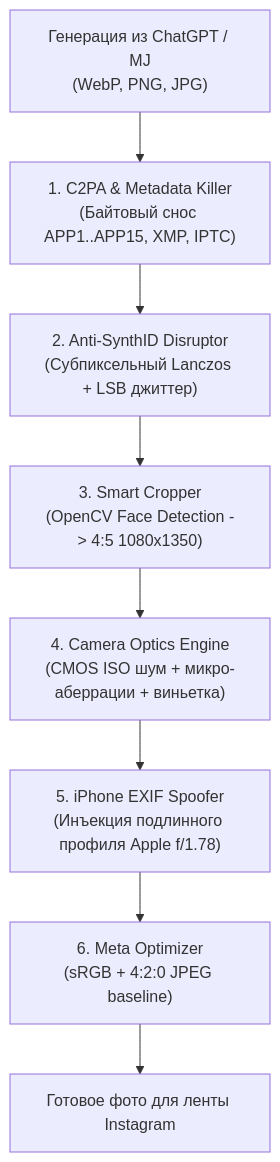
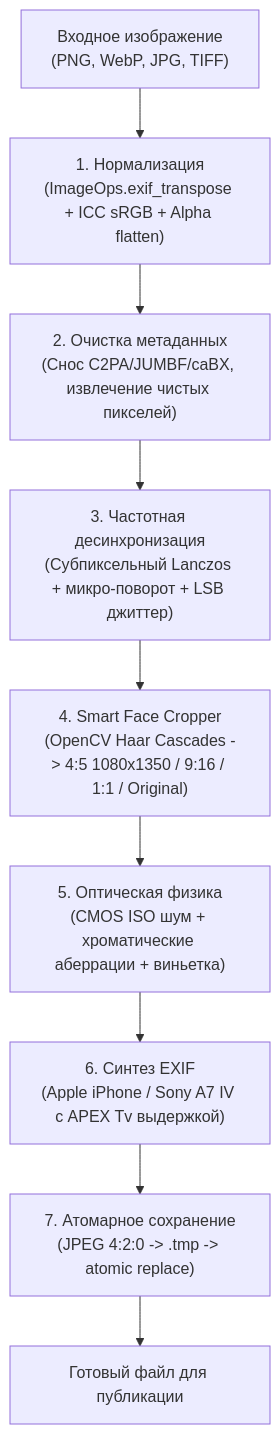
One commit to csezet/reelsator changed the diagram in README.md. Above: the diagram before and after it, drawn with Mermaid. The commit also changed other lines of this file and 14 other files, not shown here.

````diff
--- a/README.md
+++ b/README.md
@@ -28,10 +29,11 @@
 ```mermaid
 flowchart TD
-    A["Генерация из ChatGPT / MJ<br>(WebP, PNG, JPG)"] --> B["1. C2PA & Metadata Killer<br>(Байтовый снос APP1..APP15, XMP, IPTC)"]
-    B --> C["2. Anti-SynthID Disruptor<br>(Субпиксельный Lanczos + LSB джиттер)"]
-    C --> D["3. Smart Cropper<br>(OpenCV Face Detection -> 4:5 1080x1350)"]
-    D --> E["4. Camera Optics Engine<br>(CMOS ISO шум + микро-аберрации + виньетка)"]
-    E --> F["5. iPhone EXIF Spoofer<br>(Инъекция подлинного профиля Apple f/1.78)"]
-    F --> G["6. Meta Optimizer<br>(sRGB + 4:2:0 JPEG baseline)"]
-    G --> H["Готовое фото для ленты Instagram"]
+    A["Входное изображение<br>(PNG, WebP, JPG, TIFF)"] --> B["1. Нормализация<br>(ImageOps.exif_transpose + ICC sRGB + Alpha flatten)"]
+    B --> C["2. Очистка метаданных<br>(Снос C2PA/JUMBF/caBX, извлечение чистых пикселей)"]
+    C --> D["3. Частотная десинхронизация<br>(Субпиксельный Lanczos + микро-поворот + LSB джиттер)"]
+    D --> E["4. Smart Face Cropper<br>(OpenCV Haar Cascades -> 4:5 1080x1350 / 9:16 / 1:1 / Original)"]
+    E --> F["5. Оптическая физика<br>(CMOS ISO шум + хроматические аберрации + виньетка)"]
+    F --> G["6. Синтез EXIF<br>(Apple iPhone / Sony A7 IV с APEX Tv выдержкой)"]
+    G --> H["7. Атомарное сохранение<br>(JPEG 4:2:0 -> .tmp -> atomic replace)"]
+    H --> I["Готовый файл для публикации"]
 ```
````
